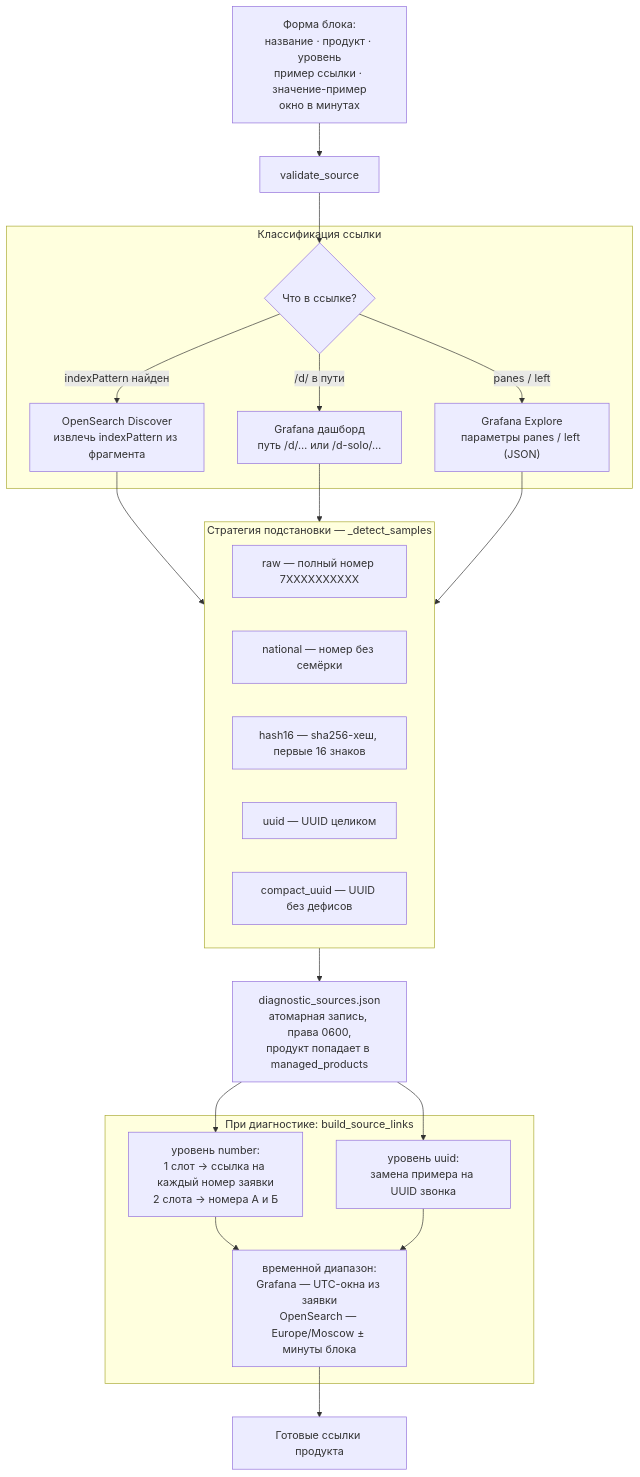
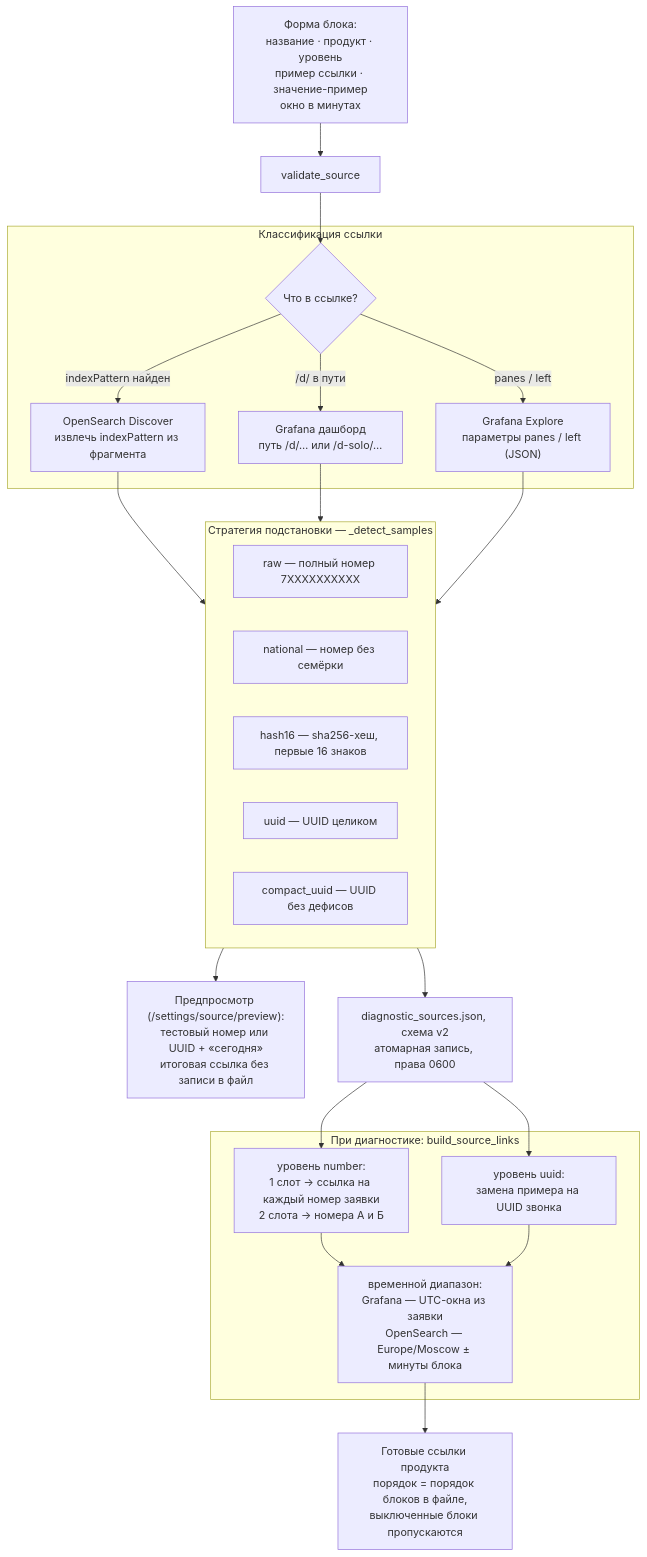
One commit to shifter1710/l2tool changed the fifth of 11 diagrams in docs/ARCHITECTURE.md. Above: the diagram before and after it, drawn with Mermaid. The commit also changed other lines of this file and 15 other files, not shown here.

````diff
--- a/docs/ARCHITECTURE.md
+++ b/docs/ARCHITECTURE.md
@@ -175,41 +177,42 @@
 ```mermaid
 flowchart TB
     form["Форма блока:<br/>название · продукт · уровень<br/>пример ссылки · значение-пример<br/>окно в минутах"] --> validate["validate_source"]
 
     subgraph classify["Классификация ссылки"]
         platform{"Что в ссылке?"}
         os["OpenSearch Discover<br/>извлечь indexPattern из фрагмента"]
         dash["Grafana дашборд<br/>путь /d/… или /d-solo/…"]
         explore["Grafana Explore<br/>параметры panes / left (JSON)"]
     end
 
     validate --> platform
     platform -->|indexPattern найден| os
     platform -->|/d/ в пути| dash
     platform -->|"panes / left"| explore
 
     subgraph strategy["Стратегия подстановки — _detect_samples"]
         s1["raw — полный номер 7XXXXXXXXXX"]
         s2["national — номер без семёрки"]
         s3["hash16 — sha256-хеш, первые 16 знаков"]
         s4["uuid — UUID целиком"]
         s5["compact_uuid — UUID без дефисов"]
     end
 
     os --> strategy
     dash --> strategy
     explore --> strategy
-    strategy --> store["diagnostic_sources.json<br/>атомарная запись, права 0600,<br/>продукт попадает в managed_products"]
+    strategy --> preview["Предпросмотр (/settings/source/preview):<br/>тестовый номер или UUID + «сегодня»<br/>итоговая ссылка без записи в файл"]
+    strategy --> store["diagnostic_sources.json, схема v2<br/>атомарная запись, права 0600"]
 
     subgraph runtime["При диагностике: build_source_links"]
         numbers["уровень number:<br/>1 слот → ссылка на каждый номер заявки<br/>2 слота → номера А и Б"]
         uuids["уровень uuid:<br/>замена примера на UUID звонка"]
         timerange["временной диапазон:<br/>Grafana — UTC-окна из заявки<br/>OpenSearch — Europe/Moscow ± минуты блока"]
     end
 
     store --> numbers
     store --> uuids
     numbers --> timerange
     uuids --> timerange
-    timerange --> links["Готовые ссылки продукта"]
+    timerange --> links["Готовые ссылки продукта<br/>порядок = порядок блоков в файле,<br/>выключенные блоки пропускаются"]
 ```
````
